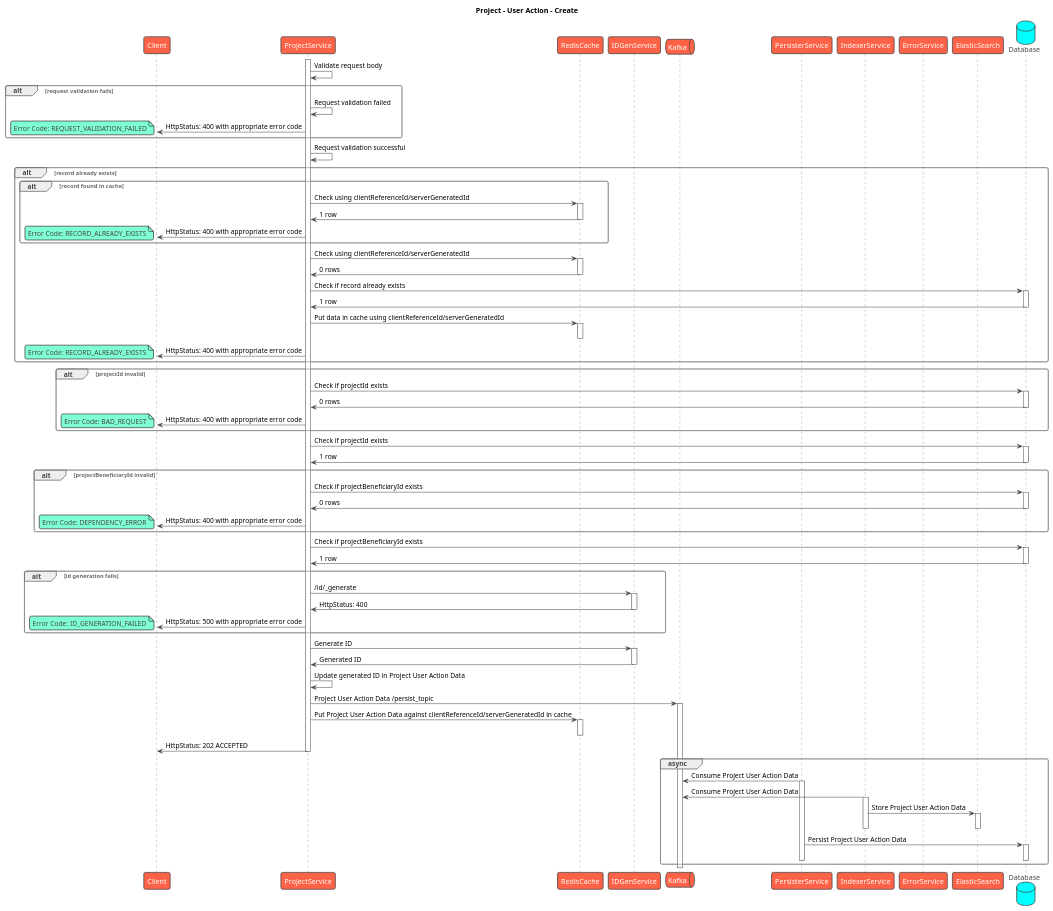
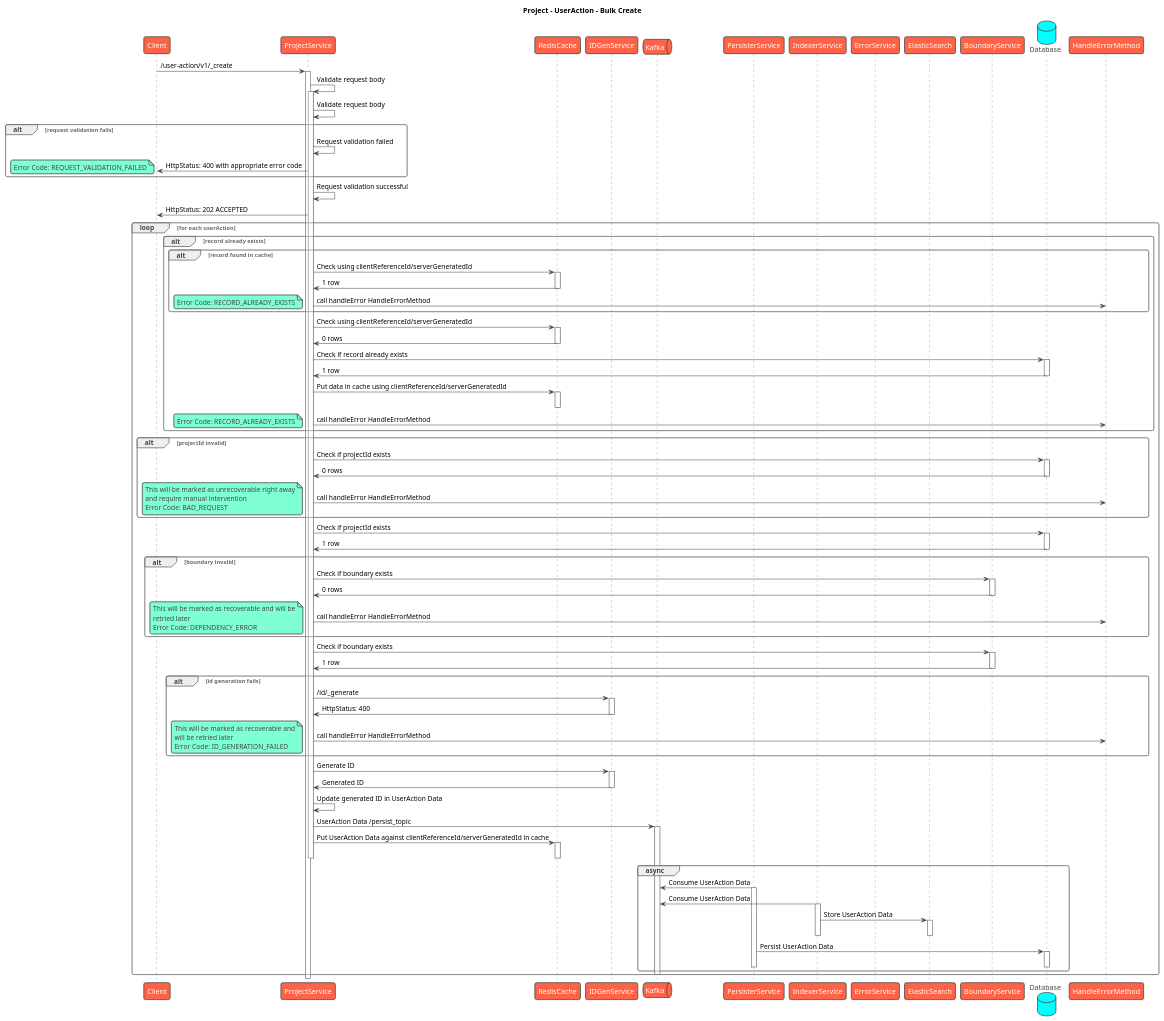
The diagram in docs/health-api-specs/sequence-diagrams/project/UserAction/create.puml (egovernments/health-campaign-services), drawn with PlantUML before and after one commit. The commit also changed 3 other files, not shown here.

Commit message:
HCM updated sequence diagram for user action

```diff
--- a/docs/health-api-specs/sequence-diagrams/project/UserAction/create.puml
+++ b/docs/health-api-specs/sequence-diagrams/project/UserAction/create.puml
@@ -1,116 +1,129 @@
 @startuml
-title Project - User Action - Create
+title Project - UserAction - Bulk Create
 !theme vibrant
 participant Client as c
 participant ProjectService as s
 participant RedisCache as rc
 participant IDGenService as idgen
 queue Kafka as k
 participant PersisterService as prs
 participant IndexerService as idx
 participant ErrorService as es
 participant ElasticSearch as el
+participant BoundaryService as bs
 database Database as db
+participant HandleErrorMethod as he
+c -> s : /user-action/v1/_create
+activate s
+s -> s: Validate request body
 activate s
 s -> s: Validate request body
 alt request validation fails
     s -> s: Request validation failed
     s -> c: HttpStatus: 400 with appropriate error code
     note left
         Error Code: REQUEST_VALIDATION_FAILED
     end note
 end
 s -> s: Request validation successful
-alt record already exists
-    alt record found in cache
-      s -> rc: Check using clientReferenceId/serverGeneratedId
-      activate rc
-      rc -> s: 1 row
-      deactivate rc
-      s -> c: HttpStatus: 400 with appropriate error code
-      note left
-          Error Code: RECORD_ALREADY_EXISTS
-      end note
+s -> c: HttpStatus: 202 ACCEPTED
+loop for each userAction
+    alt record already exists
+        alt record found in cache
+          s -> rc: Check using clientReferenceId/serverGeneratedId
+          activate rc
+          rc -> s: 1 row
+          deactivate rc
+          s -> he: call handleError HandleErrorMethod
+          note left
+              Error Code: RECORD_ALREADY_EXISTS
+          end note
+        end
+        s -> rc: Check using clientReferenceId/serverGeneratedId
+        activate rc
+        rc -> s: 0 rows
+        deactivate rc
+        s -> db: Check if record already exists
+        activate db
+        db -> s: 1 row
+        deactivate db
+        s -> rc: Put data in cache using clientReferenceId/serverGeneratedId
+        activate rc
+        deactivate rc
+        s -> he: call handleError HandleErrorMethod
+        note left
+            Error Code: RECORD_ALREADY_EXISTS
+        end note
     end
-    s -> rc: Check using clientReferenceId/serverGeneratedId
-    activate rc
-    rc -> s: 0 rows
-    deactivate rc
-    s -> db: Check if record already exists
-    activate db
-    db -> s: 1 row
-    deactivate db
-    s -> rc: Put data in cache using clientReferenceId/serverGeneratedId
-    activate rc
-    deactivate rc
-    s -> c: HttpStatus: 400 with appropriate error code
-    note left
-        Error Code: RECORD_ALREADY_EXISTS
-    end note
-end
-alt projectId invalid
+    alt projectId invalid
     s -> db: Check if projectId exists
     activate db
     db -> s: 0 rows
     deactivate db
-     s -> c: HttpStatus: 400 with appropriate error code
-    note left
-      Error Code: BAD_REQUEST
-    end note
+    s -> he: call handleError HandleErrorMethod
+        note left
+            This will be marked as unrecoverable right away
+            and require manual intervention
+            Error Code: BAD_REQUEST
+        end note
 end
 s -> db: Check if projectId exists
 activate db
 db -> s: 1 row
 deactivate db
-alt projectBeneficiaryId invalid
-    s -> db: Check if projectBeneficiaryId exists
-    activate db
-    db -> s: 0 rows
-    deactivate db
-   s -> c: HttpStatus: 400 with appropriate error code
-   note left
-       Error Code: DEPENDENCY_ERROR
-   end note
+alt boundary invalid
+    s -> bs: Check if boundary exists
+    activate bs
+    bs -> s: 0 rows
+    deactivate bs
+    s -> he: call handleError HandleErrorMethod
+    note left
+        This will be marked as recoverable and will be
+        retried later
+        Error Code: DEPENDENCY_ERROR
+    end note
 end
-s -> db: Check if projectBeneficiaryId exists
-activate db
-db -> s: 1 row
-deactivate db
+s -> bs: Check if boundary exists
+activate bs
+bs -> s: 1 row
+deactivate bs
 alt id generation fails
     s -> idgen: /id/_generate
     activate idgen
     idgen -> s: HttpStatus: 400
     deactivate idgen
-    s -> c: HttpStatus: 500 with appropriate error code
+    s -> he: call handleError HandleErrorMethod
     note left
-      Error Code: ID_GENERATION_FAILED
+        This will be marked as recoverable and
+        will be retried later
+        Error Code: ID_GENERATION_FAILED
     end note
 end
 s -> idgen: Generate ID
 activate idgen
 idgen -> s: Generated ID
 deactivate idgen
-s -> s: Update generated ID in Project User Action Data
-s -> k: Project User Action Data /persist_topic
+s -> s: Update generated ID in UserAction Data
+s -> k: UserAction Data /persist_topic
 activate k
-s -> rc: Put Project User Action Data against clientReferenceId/serverGeneratedId in cache
+s -> rc: Put UserAction Data against clientReferenceId/serverGeneratedId in cache
 activate rc
 deactivate rc
-s -> c: HttpStatus: 202 ACCEPTED
 deactivate s
 group async
-    prs -> k: Consume Project User Action Data
+    prs -> k: Consume UserAction Data
     activate prs
-    idx -> k: Consume Project User Action Data
+    idx -> k: Consume UserAction Data
     activate idx
-    idx -> el: Store Project User Action Data
+    idx -> el: Store UserAction Data
     activate el
     deactivate el
     deactivate idx
-    prs -> db: Persist Project User Action Data
+    prs -> db: Persist UserAction Data
     activate db
     deactivate db
     deactivate prs
 end
 deactivate k
+end
 @enduml
```
